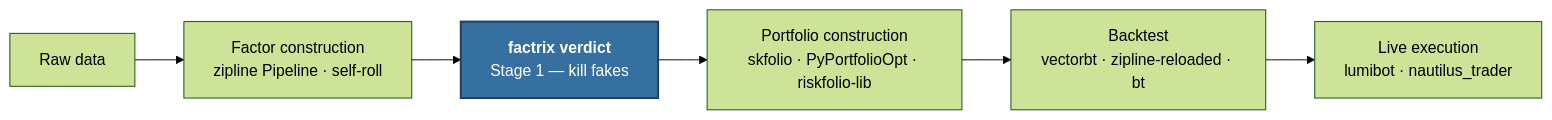
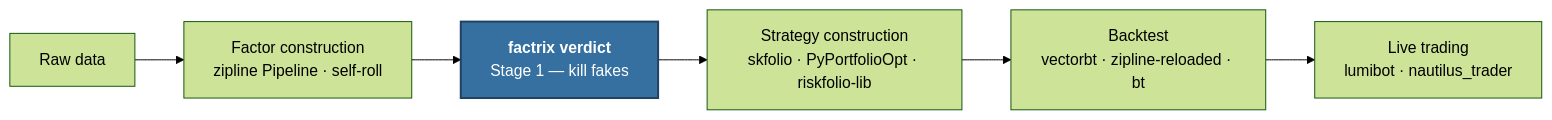
One commit to awwesomeman/factrix changed the first of 3 diagrams in docs/where-factrix-fits.md. Above: the diagram before and after it, drawn with Mermaid (forest theme). The commit also changed other lines of this file and 1 other file, not shown here.

Commit message:
docs(audit): align README/Home pipeline labels and nav doc links
Sync pipeline-stage wording: where-factrix-fits.md mermaid + ecosystem
table now use "strategy construction" / "live trading" (matching the
canonical wording in README ASCII pipeline). skfolio/PyPortfolioOpt
clarified as Stage 2 strategy construction (portfolio optimisation).

Refresh README §Documentation links for the 5-tab nav: User Guide /
API Reference / Development / Release Notes. Drop stale "Reference
metric-applicability" sub-pointer; the new User Guide entry covers
concepts + how-to in one link.

Refs #234

````diff
--- a/docs/where-factrix-fits.md
+++ b/docs/where-factrix-fits.md
@@ -55,10 +55,10 @@
 ```mermaid
 flowchart LR
     DATA[Raw data] --> CONSTR[Factor construction<br/>zipline Pipeline · self-roll]
     CONSTR --> FX[<b>factrix verdict</b><br/>Stage 1 — kill fakes]
-    FX --> PORT[Portfolio construction<br/>skfolio · PyPortfolioOpt · riskfolio-lib]
+    FX --> PORT[Strategy construction<br/>skfolio · PyPortfolioOpt · riskfolio-lib]
     PORT --> BT[Backtest<br/>vectorbt · zipline-reloaded · bt]
-    BT --> LIVE[Live execution<br/>lumibot · nautilus_trader]
+    BT --> LIVE[Live trading<br/>lumibot · nautilus_trader]
     classDef here fill:#3670A0,color:#fff,stroke:#234060,stroke-width:2px;
     class FX here
 ```
````
